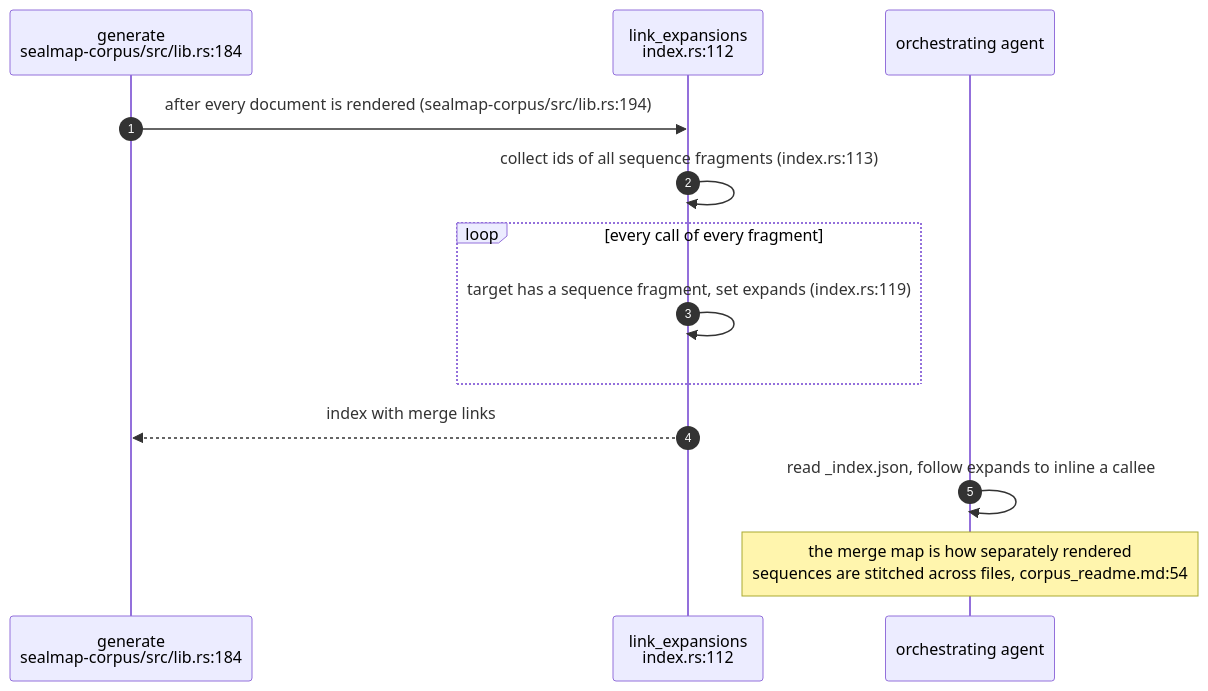
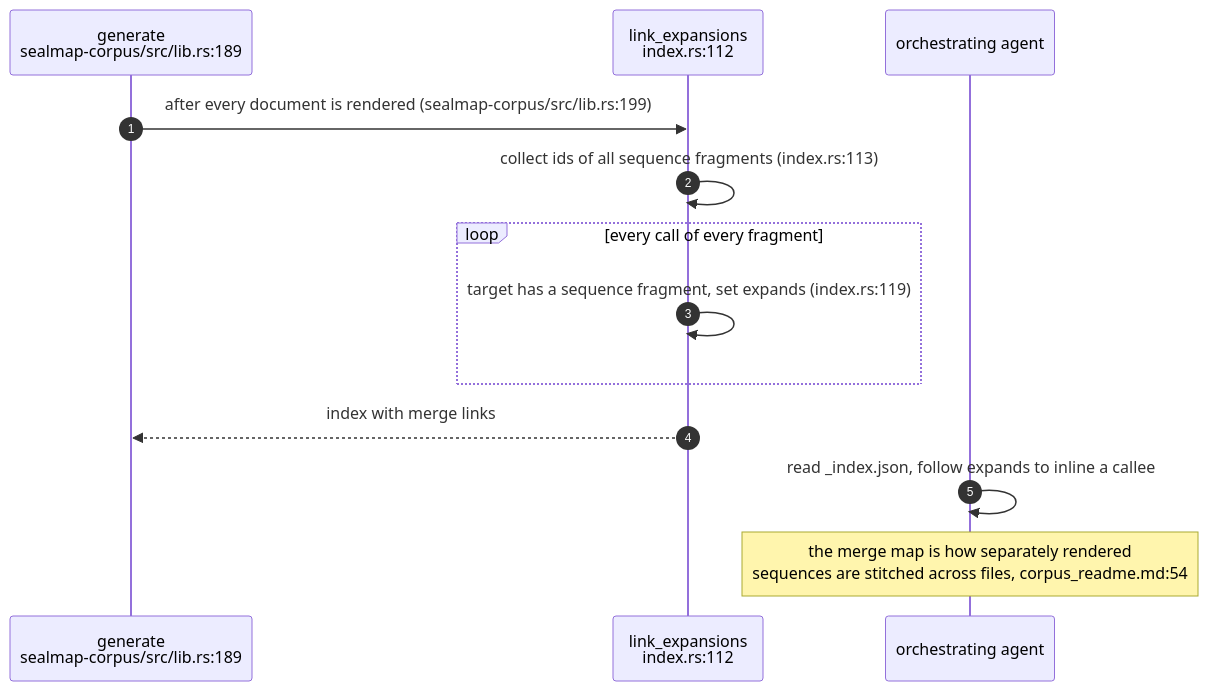
Before and after one commit to DreamLab-AI/codemaid: the fourth of 5 diagrams in docs/diagrams/corpus/01-generating-the-corpus-and-index.md, drawn with Mermaid. The commit also changed other lines of this file and 22 other files, not shown here.

First line of the commit message:
docs(diagrams): COR-04 and COR-05 for the seal surface; re-stamp every topic at ae478d9

````diff
--- a/docs/diagrams/corpus/01-generating-the-corpus-and-index.md
+++ b/docs/diagrams/corpus/01-generating-the-corpus-and-index.md
@@ -169,15 +169,15 @@
 ```mermaid
 sequenceDiagram
     autonumber
-    participant GE as generate<br/>sealmap-corpus/src/lib.rs:184
+    participant GE as generate<br/>sealmap-corpus/src/lib.rs:189
     participant LE as link_expansions<br/>index.rs:112
     participant OR as orchestrating agent
-    GE->>LE: after every document is rendered (sealmap-corpus/src/lib.rs:194)
+    GE->>LE: after every document is rendered (sealmap-corpus/src/lib.rs:199)
     LE->>LE: collect ids of all sequence fragments (index.rs:113)
     loop every call of every fragment
         LE->>LE: target has a sequence fragment, set expands (index.rs:119)
     end
     LE-->>GE: index with merge links
     OR->>OR: read _index.json, follow expands to inline a callee
     Note over OR: the merge map is how separately rendered<br/>sequences are stitched across files, corpus_readme.md:54
 ```
````
